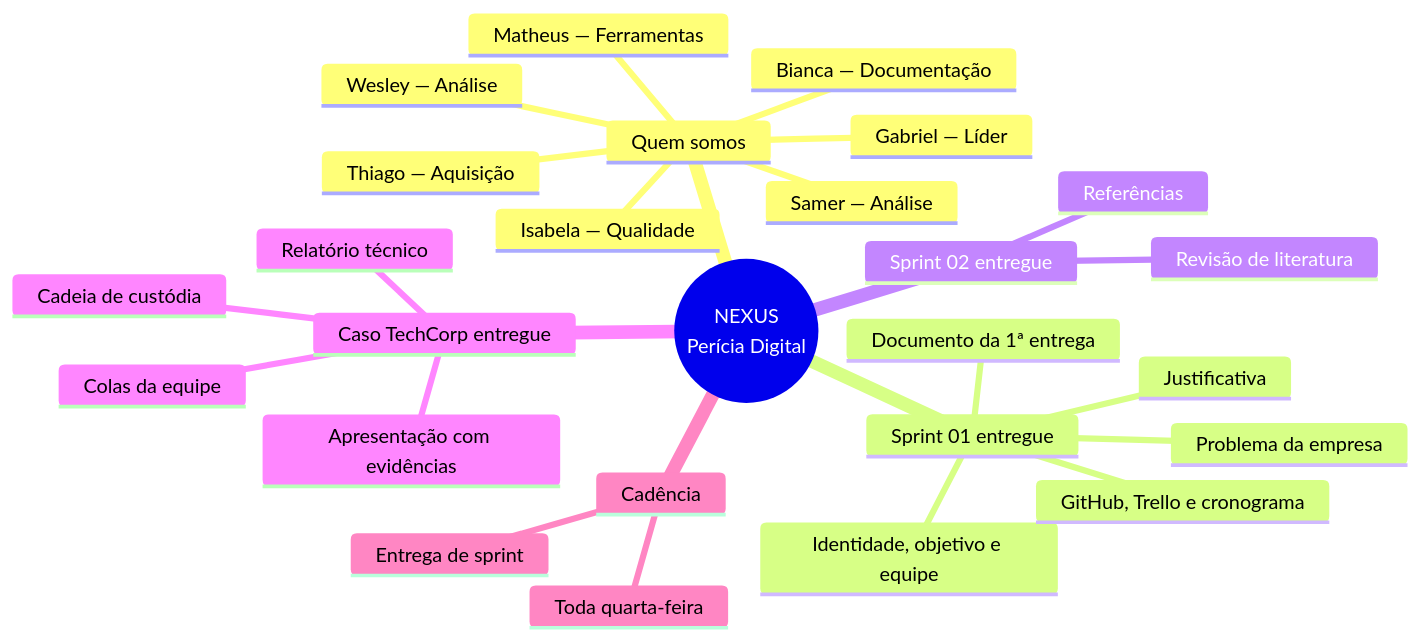
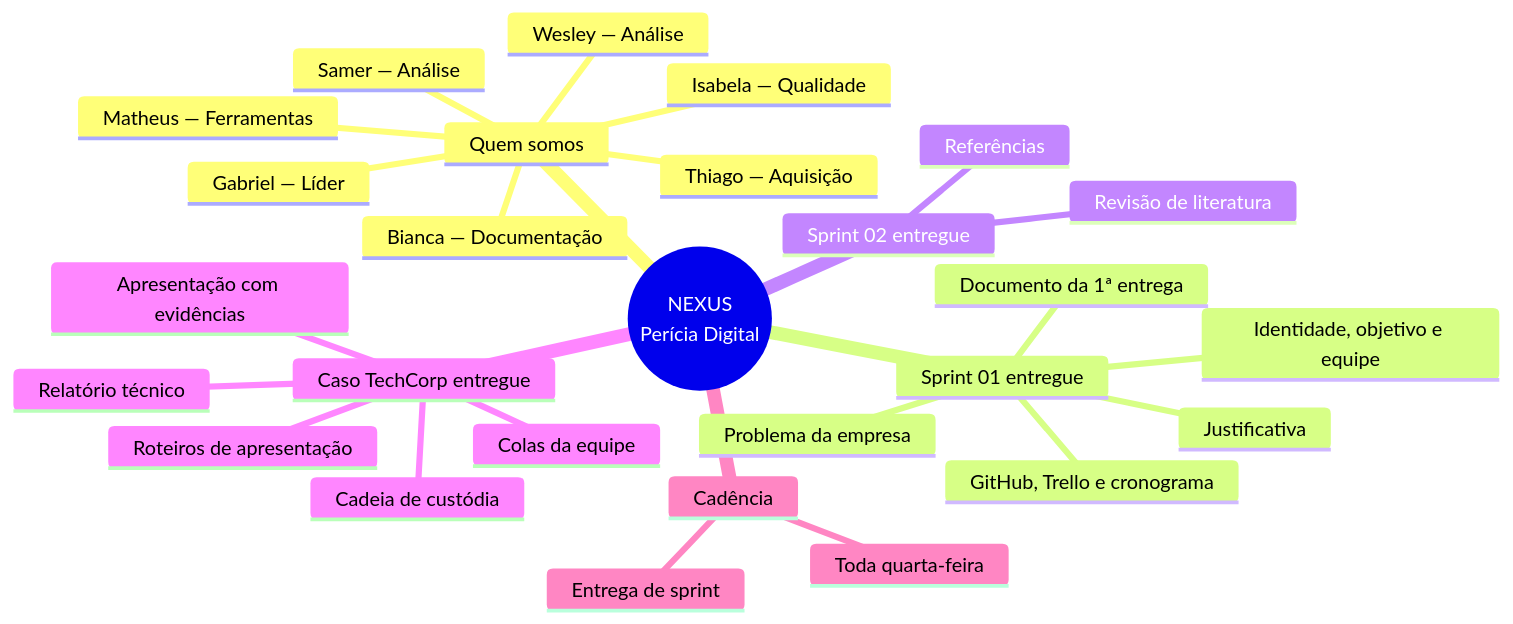
Before and after one commit to gabriellucasalves/Nexus-interprise: the diagram in docs/CRONOGRAMA.md, drawn with Mermaid. The commit also changed other lines of this file and 7 other files, not shown here.

````diff
--- a/docs/CRONOGRAMA.md
+++ b/docs/CRONOGRAMA.md
@@ -16,29 +16,30 @@
 ```mermaid
 mindmap
   root((NEXUS<br/>Perícia Digital))
     Quem somos
       Gabriel — Líder
       Thiago — Aquisição
       Wesley — Análise
       Matheus — Ferramentas
       Samer — Análise
       Bianca — Documentação
       Isabela — Qualidade
     Sprint 01 entregue
       Problema da empresa
       Justificativa
       Identidade, objetivo e equipe
       Documento da 1ª entrega
       GitHub, Trello e cronograma
     Sprint 02 entregue
       Revisão de literatura
       Referências
     Caso TechCorp entregue
       Relatório técnico
       Cadeia de custódia
       Apresentação com evidências
       Colas da equipe
+      Roteiros de apresentação
     Cadência
       Toda quarta-feira
       Entrega de sprint
 ```
````
